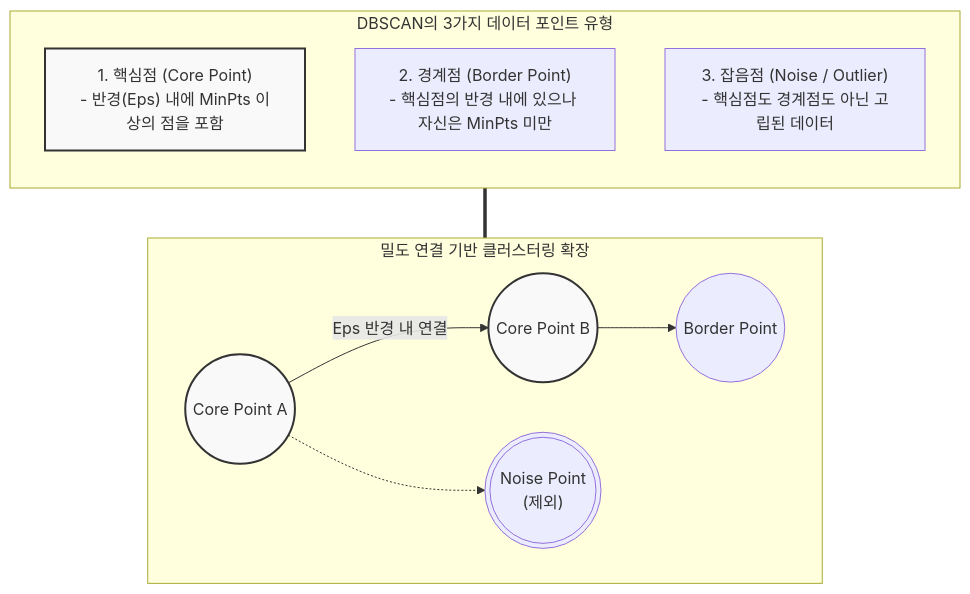
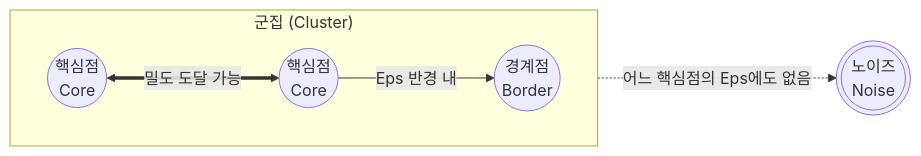
The diagram in content/01_IT Tech/DBSCAN(밀도 기반 클러스터링).md (supremethumb/supremethumb.github.io), drawn with Mermaid before and after one commit. The commit also changed other lines of this file and 1087 other files, not shown here.

````diff
--- a/content/01_IT Tech/DBSCAN(밀도 기반 클러스터링).md
+++ b/content/01_IT Tech/DBSCAN(밀도 기반 클러스터링).md
@@ -31,22 +36,10 @@
 ```mermaid
-flowchart TD
-    subgraph DBSCAN_Points ["DBSCAN의 3가지 데이터 포인트 유형"]
-        direction TB
-        Core["1. 핵심점 (Core Point)<br/>- 반경(Eps) 내에 MinPts 이상의 점을 포함"]
-        Border["2. 경계점 (Border Point)<br/>- 핵심점의 반경 내에 있으나 자신은 MinPts 미만"]
-        Noise["3. 잡음점 (Noise / Outlier)<br/>- 핵심점도 경계점도 아닌 고립된 데이터"]
+flowchart LR
+    subgraph C1["군집 (Cluster)"]
+        direction LR
+        Core1(("핵심점<br/>Core")) <== "밀도 도달 가능" ==> Core2(("핵심점<br/>Core"))
+        Core2 -- "Eps 반경 내" --> Border(("경계점<br/>Border"))
     end
-
-    subgraph Cluster_Expansion ["밀도 연결 기반 클러스터링 확장"]
-        direction LR
-        CP1(("Core Point A")) -->|"Eps 반경 내 연결"| CP2(("Core Point B"))
-        CP2 --> BP(("Border Point"))
-        CP1 -.-> NP((("Noise Point<br/>(제외)")))
-    end
-
-    DBSCAN_Points === Cluster_Expansion
-    
-    classDef major fill:#f9f9f9,stroke:#333,stroke-width:2px;
-    class Core,CP1,CP2 major;
-
+    Noise((("노이즈<br/>Noise")))
+    C1 -. "어느 핵심점의 Eps에도 없음" .-> Noise
 ```
````
